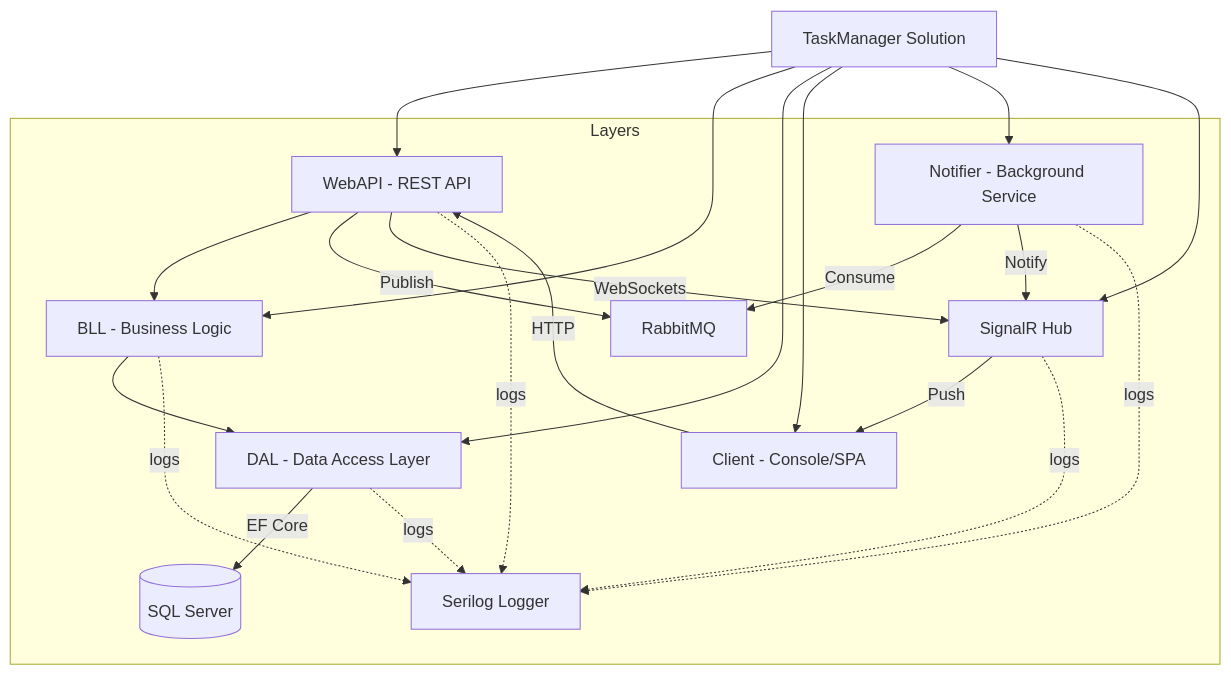
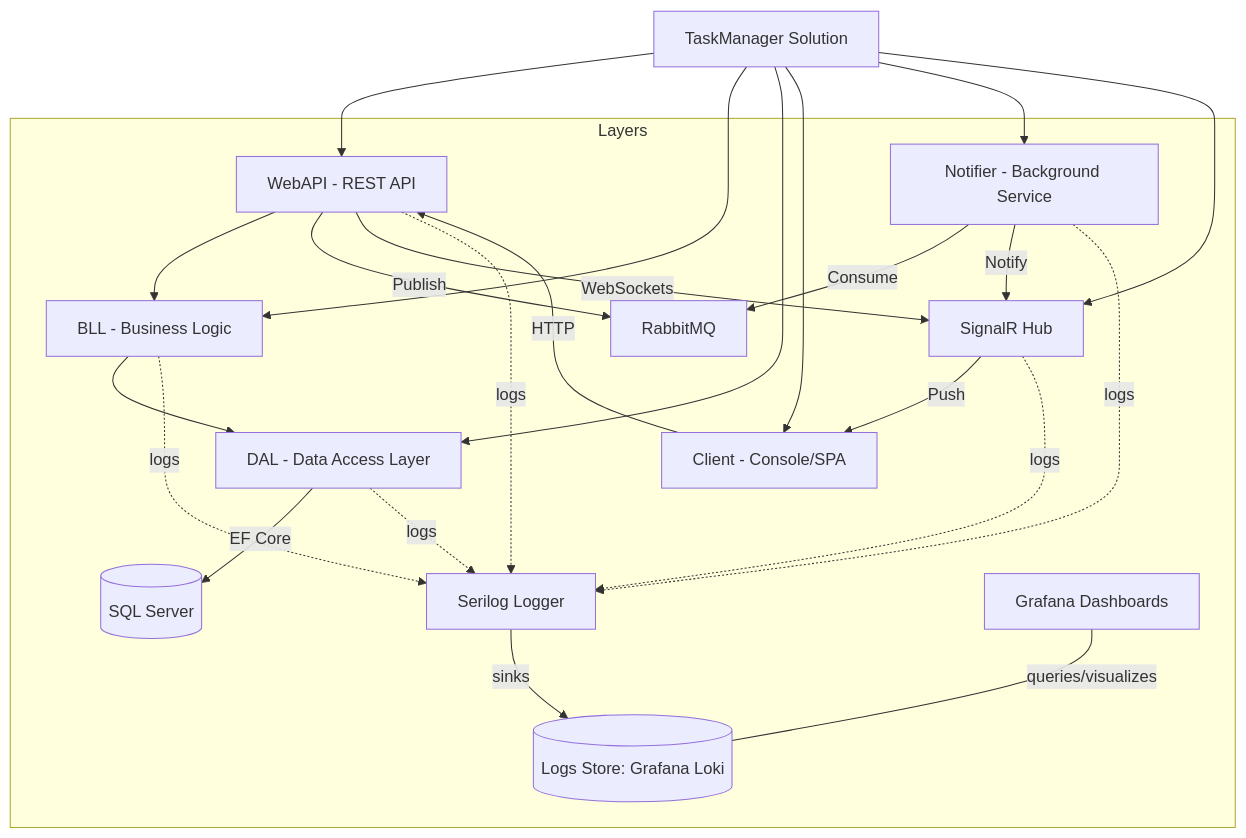
One commit to serhiiyasenev/TaskManager changed the second of 2 diagrams in README.md. Above: the diagram before and after it, drawn with Mermaid.

````diff
--- a/README.md
+++ b/README.md
@@ -60,47 +60,51 @@
 ```mermaid
 graph TD
     A[TaskManager Solution]
     subgraph LAYERS[Layers]
       B[BLL - Business Logic]
       C[DAL - Data Access Layer]
       D[WebAPI - REST API]
       E[Client - Console/SPA]
       F[Notifier - Background Service]
       H[SignalR Hub]
       R[RabbitMQ]
       DB[(SQL Server)]
       LG[Serilog Logger]
+      LS[(Logs Store: Grafana Loki)]
+      G[Grafana Dashboards]
     end
 
     A --> D
     A --> B
     A --> C
     A --> E
     A --> F
     A --> H
 
     %% Dependencies
     D --> B
     B --> C
     C -->|EF Core| DB
 
     %% Messaging
     D -->|Publish| R
     F -->|Consume| R
 
     %% Realtime
     D -->|WebSockets| H
     F -->|Notify| H
     H -->|Push| E
 
     %% Clients call API
     E -->|HTTP| D
 
-    %% Logging (dotted)
+    %% Logging pipeline
     D -.->|logs| LG
     B -.->|logs| LG
     C -.->|logs| LG
     F -.->|logs| LG
     H -.->|logs| LG
 
+    LG -->|sinks| LS
+    G ---|queries/visualizes| LS
 ```
````
